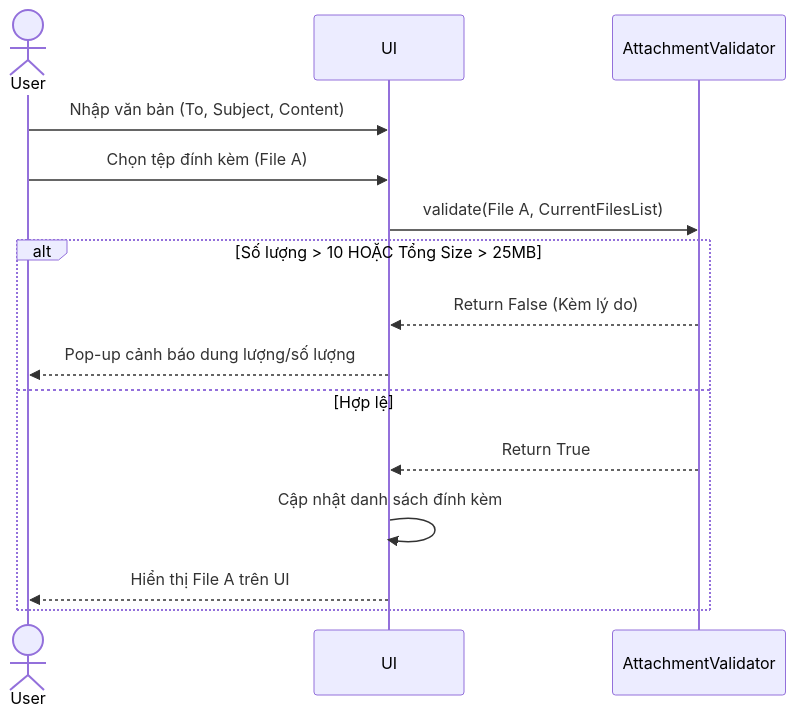
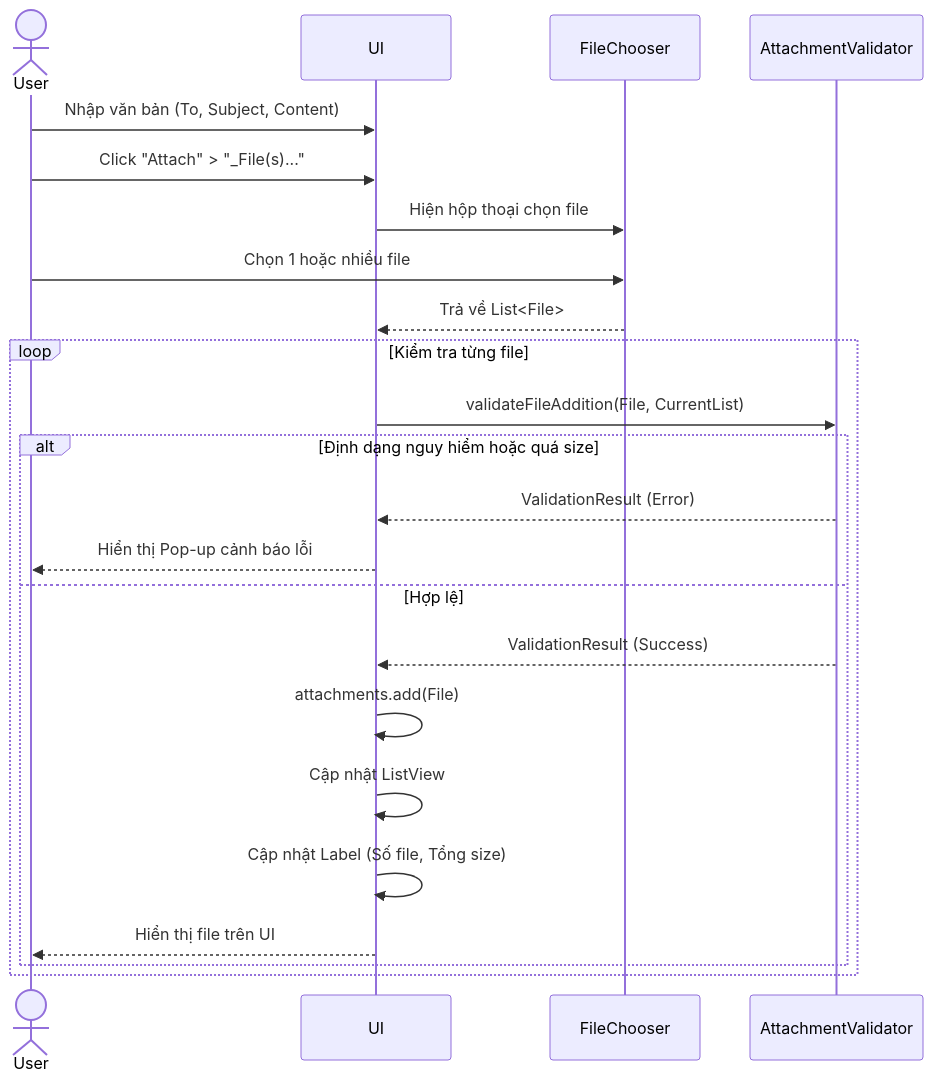
The fourth of 8 diagrams in document/use_case_specifications.md (vthiet/PrecisionMail), drawn with Mermaid before and after one commit. The commit also changed other lines of this file and 2 other files, not shown here.

Commit message:
feat(send email): add attachments in email

````diff
--- a/document/use_case_specifications.md
+++ b/document/use_case_specifications.md
@@ -180,19 +182,28 @@
 ```mermaid
 sequenceDiagram
     actor User
     participant UI
+    participant FileChooser
     participant AttachmentValidator
     
     User->>UI: Nhập văn bản (To, Subject, Content)
-    User->>UI: Chọn tệp đính kèm (File A)
-    UI->>AttachmentValidator: validate(File A, CurrentFilesList)
+    User->>UI: Click "Attach" > "_File(s)..."
+    UI->>FileChooser: Hiện hộp thoại chọn file
+    User->>FileChooser: Chọn 1 hoặc nhiều file
+    FileChooser-->>UI: Trả về List<File>
     
-    alt Số lượng > 10 HOẶC Tổng Size > 25MB
-        AttachmentValidator-->>UI: Return False (Kèm lý do)
-        UI-->>User: Pop-up cảnh báo dung lượng/số lượng
-    else Hợp lệ
-        AttachmentValidator-->>UI: Return True
-        UI->>UI: Cập nhật danh sách đính kèm
-        UI-->>User: Hiển thị File A trên UI
+    loop Kiểm tra từng file
+        UI->>AttachmentValidator: validateFileAddition(File, CurrentList)
+        
+        alt Định dạng nguy hiểm hoặc quá size
+            AttachmentValidator-->>UI: ValidationResult (Error)
+            UI-->>User: Hiển thị Pop-up cảnh báo lỗi
+        else Hợp lệ
+            AttachmentValidator-->>UI: ValidationResult (Success)
+            UI->>UI: attachments.add(File)
+            UI->>UI: Cập nhật ListView
+            UI->>UI: Cập nhật Label (Số file, Tổng size)
+            UI-->>User: Hiển thị file trên UI
+        end
     end
 ```
````
